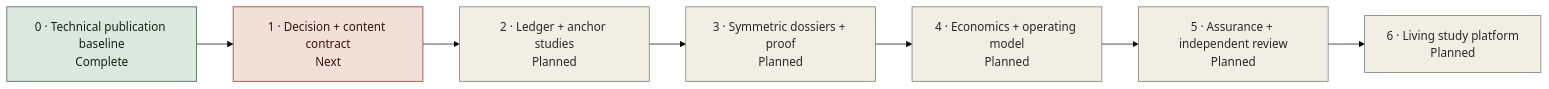
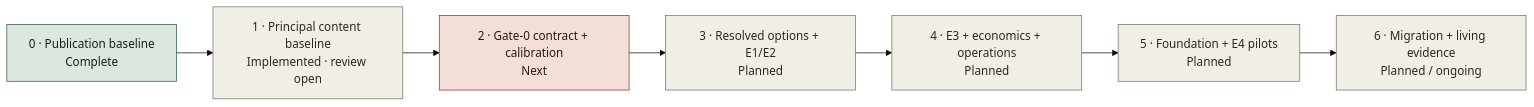
The first of 2 diagrams in docs/39-repository-roadmap.md (tomqwu/apim), drawn with Mermaid (base theme) before and after one commit. The commit also changed other lines of this file and 85 other files, not shown here.

Commit message:
Deepen API management studies and decision evidence

````diff
--- a/docs/39-repository-roadmap.md
+++ b/docs/39-repository-roadmap.md
@@ -34,10 +41,10 @@
 ```mermaid
 flowchart LR
-  P0["0 · Technical publication baseline<br/>Complete"] --> P1["1 · Decision + content contract<br/>Next"] --> P2["2 · Ledger + anchor studies<br/>Planned"] --> P3["3 · Symmetric dossiers + proof<br/>Planned"] --> P4["4 · Economics + operating model<br/>Planned"] --> P5["5 · Assurance + independent review<br/>Planned"] --> P6["6 · Living study platform<br/>Planned"]
+  P0["0 · Publication baseline<br/>Complete"] --> P1["1 · Principal content baseline<br/>Implemented · review open"] --> P2["2 · Gate-0 contract + calibration<br/>Next"] --> P3["3 · Resolved options + E1/E2<br/>Planned"] --> P4["4 · E3 + economics + operations<br/>Planned"] --> P5["5 · Foundation + E4 pilots<br/>Planned"] --> P6["6 · Migration + living evidence<br/>Planned / ongoing"]
   classDef complete fill:#dce8df,stroke:#315a43,color:#152219
   classDef next fill:#f2dfd8,stroke:#8f341f,color:#35150d
   classDef planned fill:#f1eee5,stroke:#77736a,color:#2a2925
   class P0 complete
-  class P1 next
-  class P2,P3,P4,P5,P6 planned
+  class P2 next
+  class P1,P3,P4,P5,P6 planned
 ```
````
